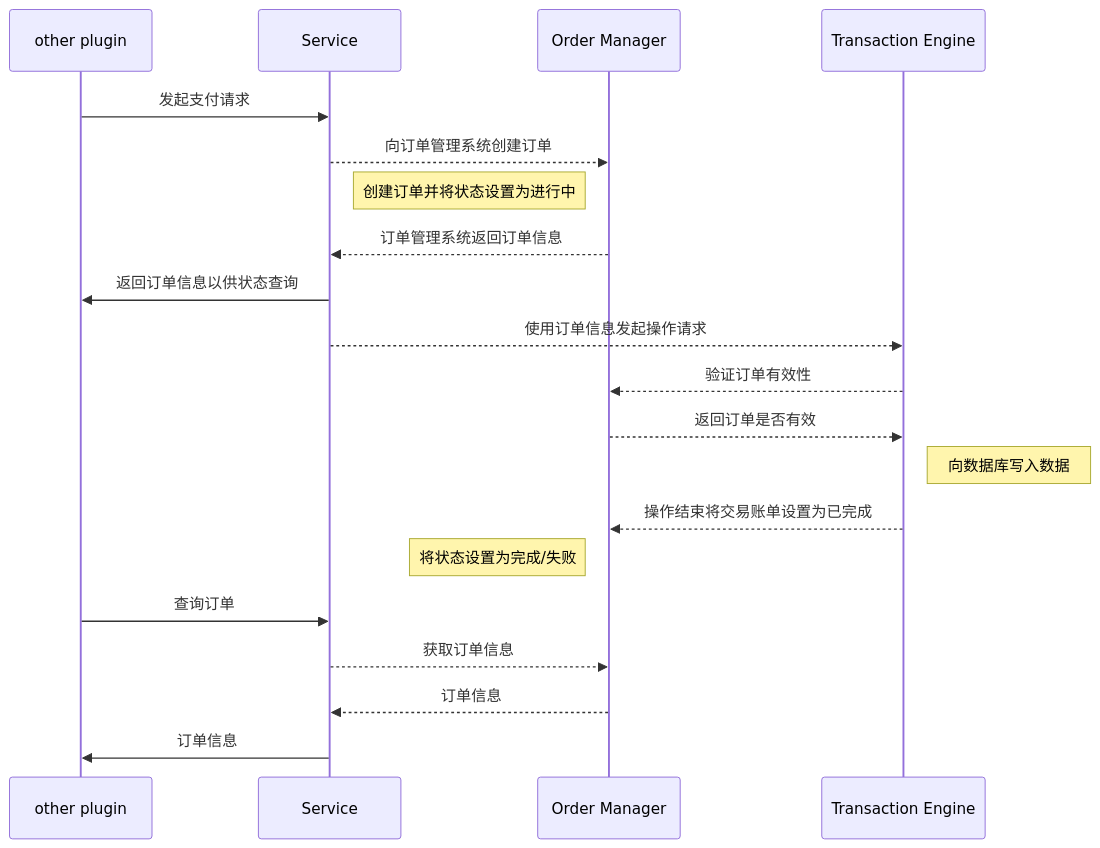
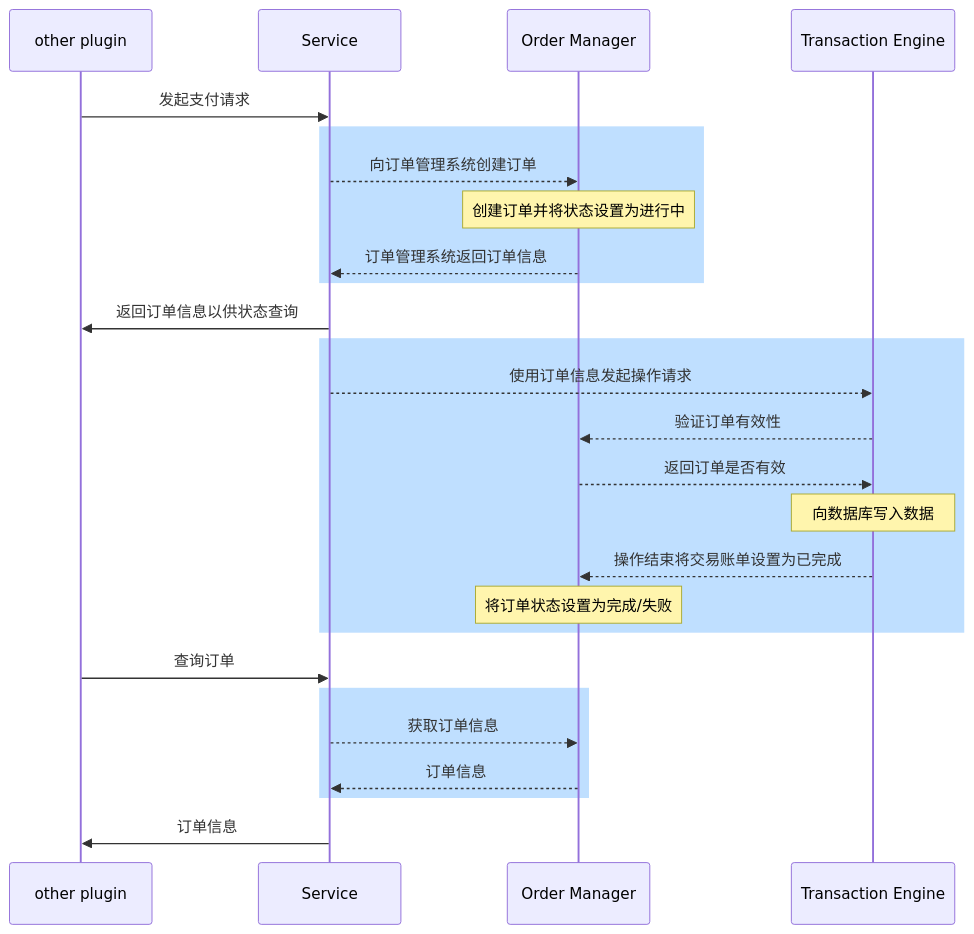
The diagram in readme.md (DMB-codegang/koishi-plugin-PointMint), drawn with Mermaid before and after one commit. The commit also changed other lines of this file, not shown here.

Commit message:
Refactor sequence diagram for order processing

````diff
--- a/readme.md
+++ b/readme.md
@@ -24,23 +24,29 @@
 ```mermaid
 sequenceDiagram
 	participant C as other plugin
 	participant S as Service
 	participant order as Order Manager
 	participant trans as Transaction Engine
 
 	C->>S: 发起支付请求
-	S-->>order:向订单管理系统创建订单
-	Note left of order:创建订单并将状态设置为进行中
-	order-->>S:订单管理系统返回订单信息
+	rect rgb(191,223,255)
+		S-->>order:向订单管理系统创建订单
+		Note over order:创建订单并将状态设置为进行中
+		order-->>S:订单管理系统返回订单信息
+		end
 	S->>C:返回订单信息以供状态查询
-	S-->>trans:使用订单信息发起操作请求
-	trans-->>order:验证订单有效性
-	order-->>trans:返回订单是否有效
-	Note right of trans:向数据库写入数据
-	trans-->>order:操作结束将交易账单设置为已完成
-	Note left of order:将状态设置为完成/失败
+	rect rgb(191,223,255)
+		S-->>trans:使用订单信息发起操作请求
+		trans-->>order:验证订单有效性
+		order-->>trans:返回订单是否有效
+		Note over trans:向数据库写入数据
+		trans-->>order:操作结束将交易账单设置为已完成
+		Note over order:将订单状态设置为完成/失败
+	end
 	C->>S:查询订单
-	S-->>order:获取订单信息
-	order-->>S:订单信息
+	rect rgb(191,223,255)
+		S-->>order:获取订单信息
+		order-->>S:订单信息
+	end
 	S->>C:订单信息
 ```
````
